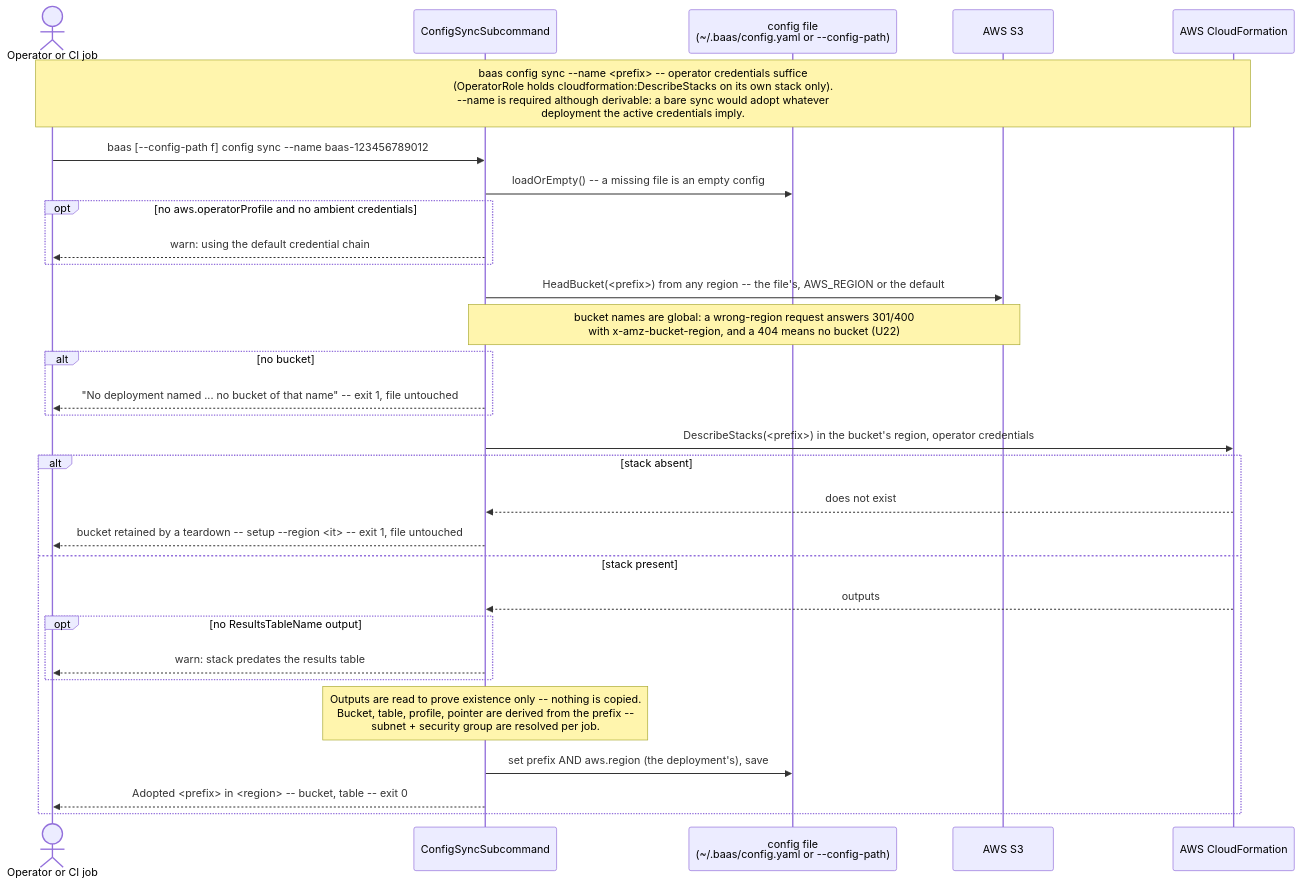
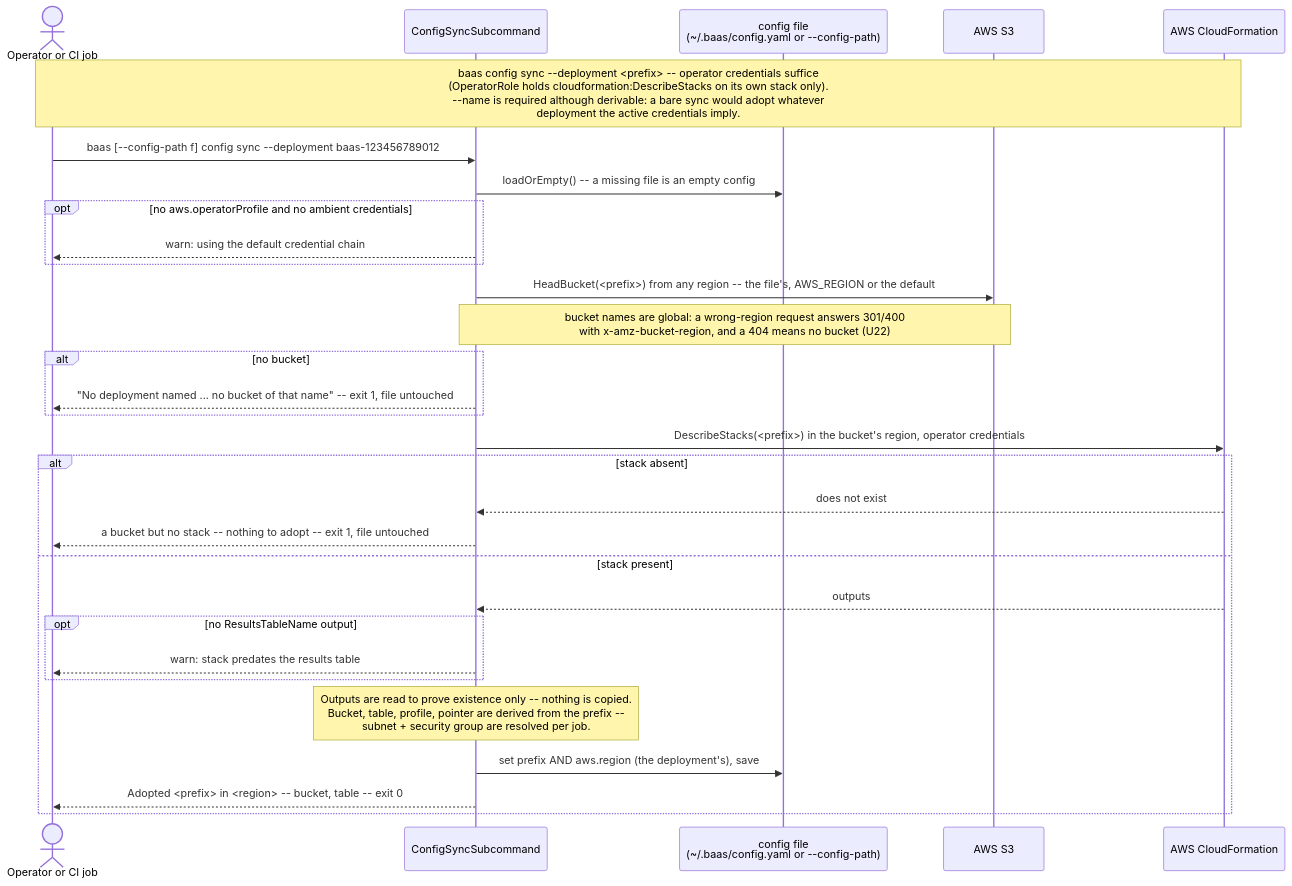
Before and after one commit to wsztajerowski/benchmark-as-a-service: the diagram in docs/diagrams/baas-config-sync.mmd, drawn with Mermaid. The commit also changed 75 other files, not shown here.

```diff
--- a/docs/diagrams/baas-config-sync.mmd
+++ b/docs/diagrams/baas-config-sync.mmd
@@ -1,31 +1,31 @@
 sequenceDiagram
     actor User as Operator or CI job
     participant CS as ConfigSyncSubcommand
     participant CFG as config file<br/>(~/.baas/config.yaml or --config-path)
     participant S3 as AWS S3
     participant CF as AWS CloudFormation
 
-    Note over User,CF: baas config sync --name <prefix> -- operator credentials suffice<br/>(OperatorRole holds cloudformation:DescribeStacks on its own stack only).<br/>--name is required although derivable: a bare sync would adopt whatever<br/>deployment the active credentials imply.
-    User->>CS: baas [--config-path f] config sync --name baas-123456789012
+    Note over User,CF: baas config sync --deployment <prefix> -- operator credentials suffice<br/>(OperatorRole holds cloudformation:DescribeStacks on its own stack only).<br/>--name is required although derivable: a bare sync would adopt whatever<br/>deployment the active credentials imply.
+    User->>CS: baas [--config-path f] config sync --deployment baas-123456789012
     CS->>CFG: loadOrEmpty() -- a missing file is an empty config
     opt no aws.operatorProfile and no ambient credentials
         CS-->>User: warn: using the default credential chain
     end
     CS->>S3: HeadBucket(<prefix>) from any region -- the file's, AWS_REGION or the default
     Note over CS,S3: bucket names are global: a wrong-region request answers 301/400<br/>with x-amz-bucket-region, and a 404 means no bucket (U22)
     alt no bucket
         CS-->>User: "No deployment named ... no bucket of that name" -- exit 1, file untouched
     end
     CS->>CF: DescribeStacks(<prefix>) in the bucket's region, operator credentials
     alt stack absent
         CF-->>CS: does not exist
-        CS-->>User: bucket retained by a teardown -- setup --region <it> -- exit 1, file untouched
+        CS-->>User: a bucket but no stack -- nothing to adopt -- exit 1, file untouched
     else stack present
         CF-->>CS: outputs
         opt no ResultsTableName output
             CS-->>User: warn: stack predates the results table
         end
         Note over CS: Outputs are read to prove existence only -- nothing is copied.<br/>Bucket, table, profile, pointer are derived from the prefix --<br/>subnet + security group are resolved per job.
         CS->>CFG: set prefix AND aws.region (the deployment's), save
         CS-->>User: Adopted <prefix> in <region> -- bucket, table -- exit 0
     end
```
